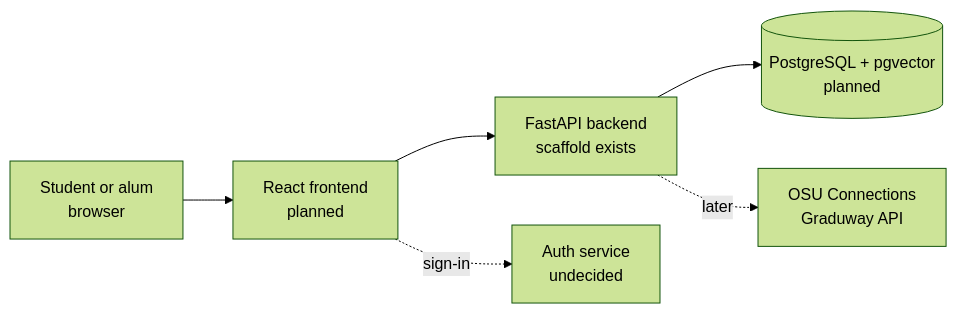
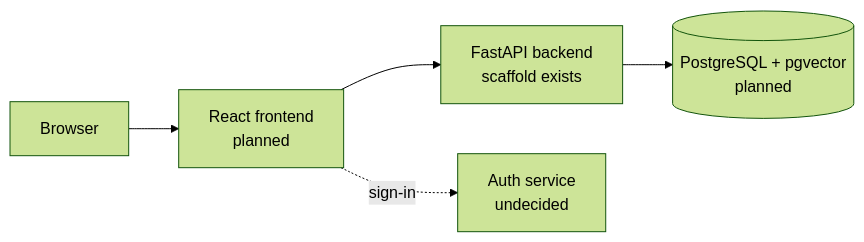
Before and after one commit to Splash791/beaverlink: the second of 2 diagrams in docs/design.md, drawn with Mermaid (forest theme). The commit also changed other lines of this file and 5 other files, not shown here.

````diff
--- a/docs/design.md
+++ b/docs/design.md
@@ -11,8 +26,7 @@
 ```mermaid
 flowchart LR
-  U[Student or alum<br/>browser] --> FE[React frontend<br/>planned]
+  U[Browser] --> FE[React frontend<br/>planned]
   FE --> API[FastAPI backend<br/>scaffold exists]
   API --> DB[(PostgreSQL + pgvector<br/>planned)]
-  API -.later.-> GW[OSU Connections<br/>Graduway API]
   FE -.sign-in.-> AUTH[Auth service<br/>undecided]
 ```
````
